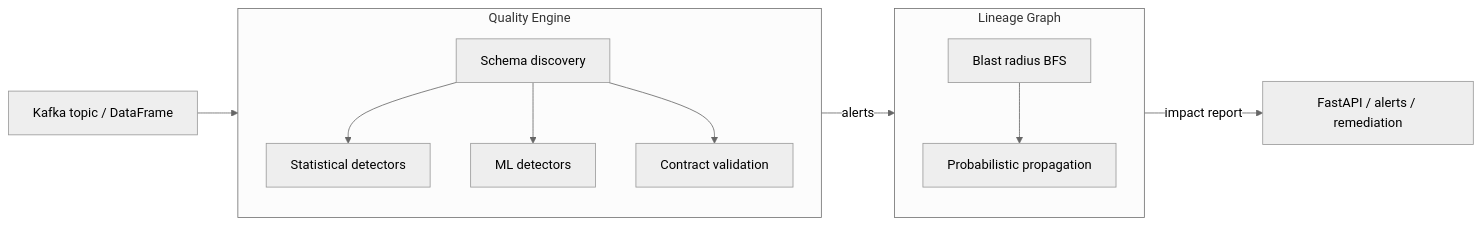
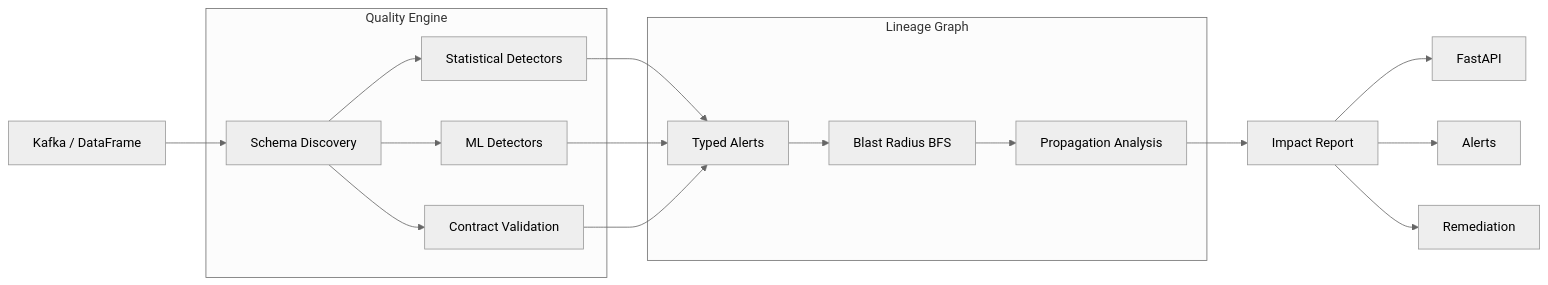
Before and after one commit to kavin553/Intelligent-Data-Quality-Monitor: the diagram in README.md, drawn with Mermaid (neutral theme). The commit also changed other lines of this file, not shown here.

````diff
--- a/README.md
+++ b/README.md
@@ -160,14 +348,26 @@
 ```mermaid
 flowchart LR
-    K[Kafka topic / DataFrame] --> Q
+
+    A[Kafka / DataFrame] --> B[Schema Discovery]
+
     subgraph Q[Quality Engine]
-        SD[Schema discovery] --> ST[Statistical detectors]
-        SD --> ML[ML detectors]
-        SD --> CT[Contract validation]
+        B --> C[Statistical Detectors]
+        B --> D[ML Detectors]
+        B --> E[Contract Validation]
     end
-    Q -- alerts --> L
+
+    C --> F[Typed Alerts]
+    D --> F
+    E --> F
+
     subgraph L[Lineage Graph]
-        BR[Blast radius BFS] --> PP[Probabilistic propagation]
+        F --> G[Blast Radius BFS]
+        G --> H[Propagation Analysis]
     end
-    L -- impact report --> A[FastAPI / alerts / remediation]
+
+    H --> I[Impact Report]
+
+    I --> J[FastAPI]
+    I --> K[Alerts]
+    I --> M[Remediation]
 ```
````
